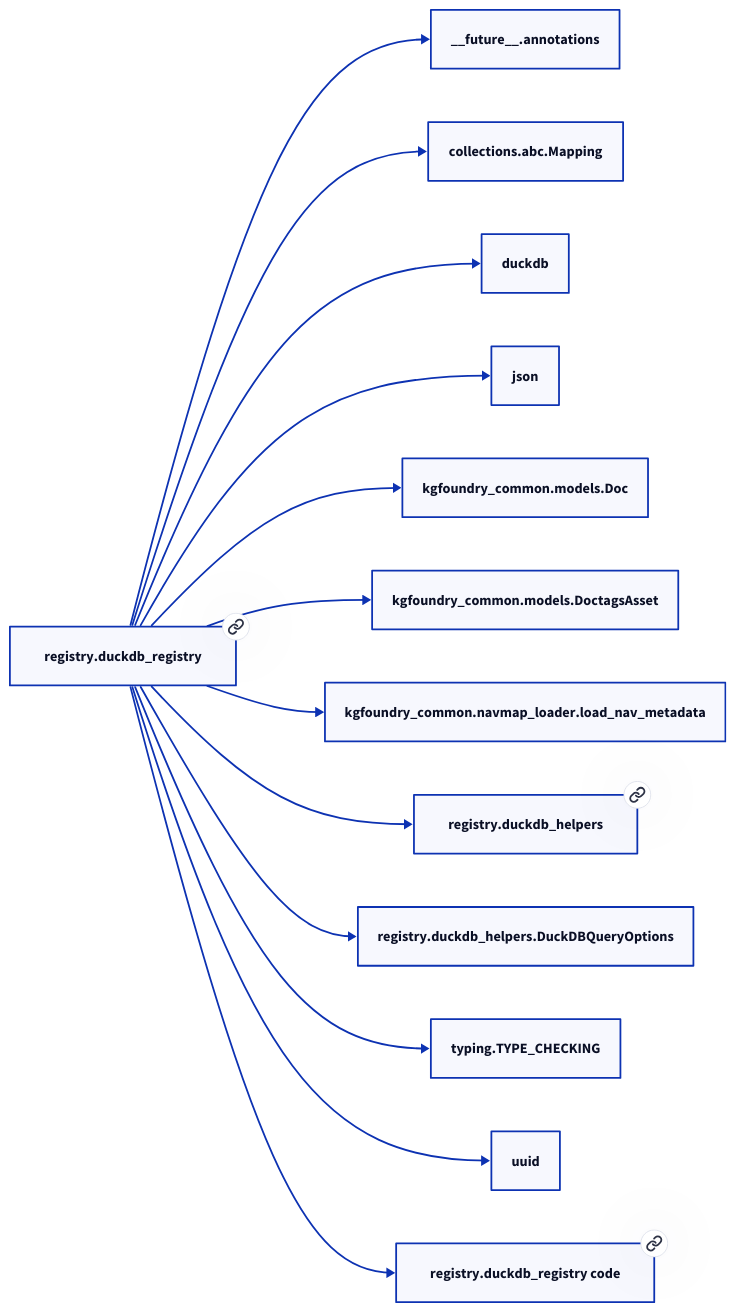
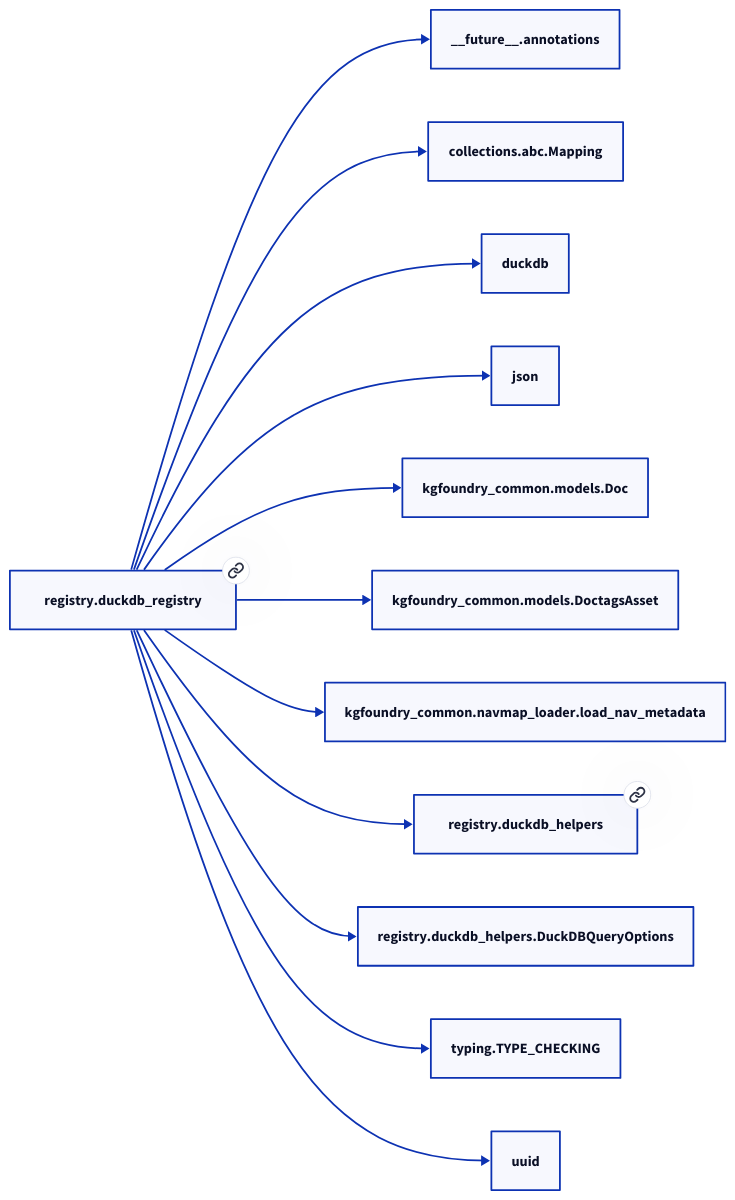
Before and after one commit to paul-heyse/kgforge: the second of 2 diagrams in docs/modules/registry/duckdb_registry.md, drawn with D2. The commit also changed other lines of this file and 118 other files, not shown here.

````diff
--- a/docs/modules/registry/duckdb_registry.md
+++ b/docs/modules/registry/duckdb_registry.md
@@ -39,28 +37,26 @@
 ```d2
 direction: right
-"registry.duckdb_registry": "registry.duckdb_registry" { link: "./registry/duckdb_registry.md" }
+"registry.duckdb_registry": "registry.duckdb_registry" { link: "duckdb_registry.md" }
 "__future__.annotations": "__future__.annotations"
 "registry.duckdb_registry" -> "__future__.annotations"
 "collections.abc.Mapping": "collections.abc.Mapping"
 "registry.duckdb_registry" -> "collections.abc.Mapping"
 "duckdb": "duckdb"
 "registry.duckdb_registry" -> "duckdb"
 "json": "json"
 "registry.duckdb_registry" -> "json"
 "kgfoundry_common.models.Doc": "kgfoundry_common.models.Doc"
 "registry.duckdb_registry" -> "kgfoundry_common.models.Doc"
 "kgfoundry_common.models.DoctagsAsset": "kgfoundry_common.models.DoctagsAsset"
 "registry.duckdb_registry" -> "kgfoundry_common.models.DoctagsAsset"
 "kgfoundry_common.navmap_loader.load_nav_metadata": "kgfoundry_common.navmap_loader.load_nav_metadata"
 "registry.duckdb_registry" -> "kgfoundry_common.navmap_loader.load_nav_metadata"
-"registry.duckdb_helpers": "registry.duckdb_helpers" { link: "./registry/duckdb_helpers.md" }
+"registry.duckdb_helpers": "registry.duckdb_helpers" { link: "duckdb_helpers.md" }
 "registry.duckdb_registry" -> "registry.duckdb_helpers"
 "registry.duckdb_helpers.DuckDBQueryOptions": "registry.duckdb_helpers.DuckDBQueryOptions"
 "registry.duckdb_registry" -> "registry.duckdb_helpers.DuckDBQueryOptions"
 "typing.TYPE_CHECKING": "typing.TYPE_CHECKING"
 "registry.duckdb_registry" -> "typing.TYPE_CHECKING"
 "uuid": "uuid"
 "registry.duckdb_registry" -> "uuid"
-"registry.duckdb_registry_code": "registry.duckdb_registry code" { link: "https://github.com/kgfoundry/kgfoundry/blob/main/src/registry/duckdb_registry.py" }
-"registry.duckdb_registry" -> "registry.duckdb_registry_code" { style: dashed }
 ```
````
